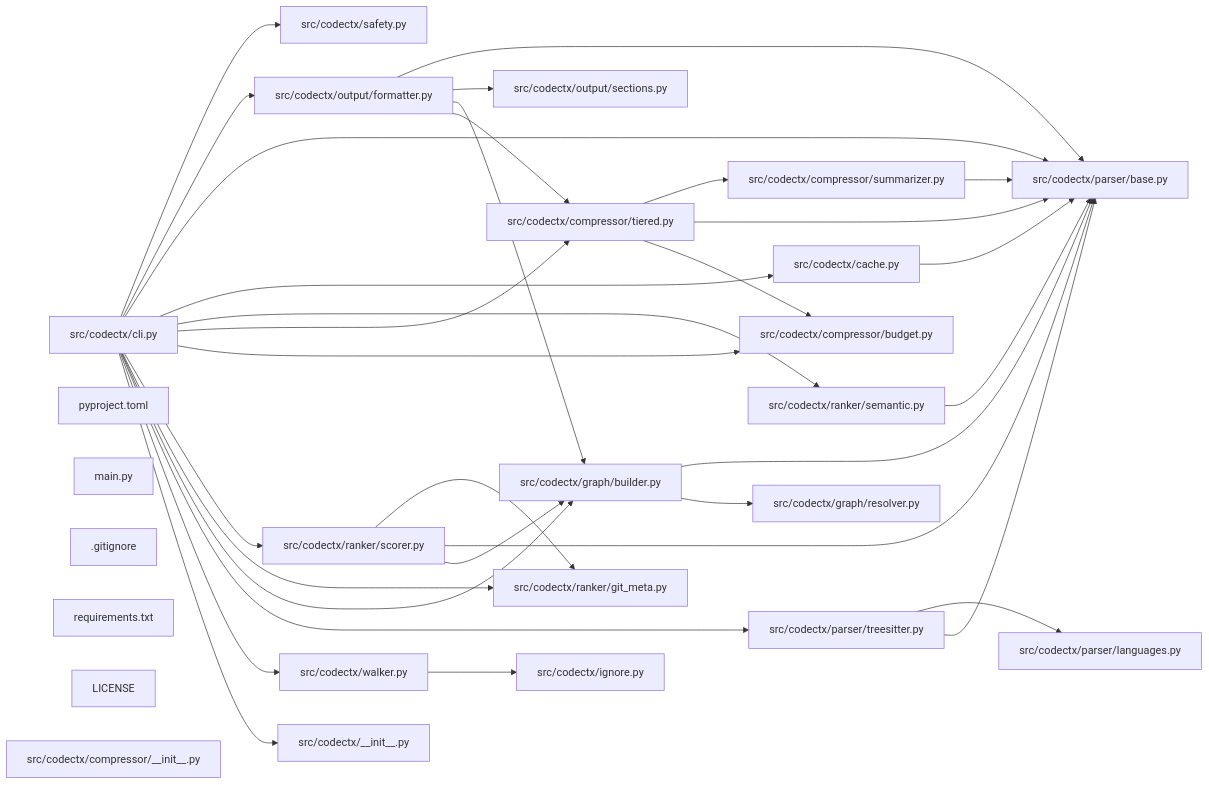
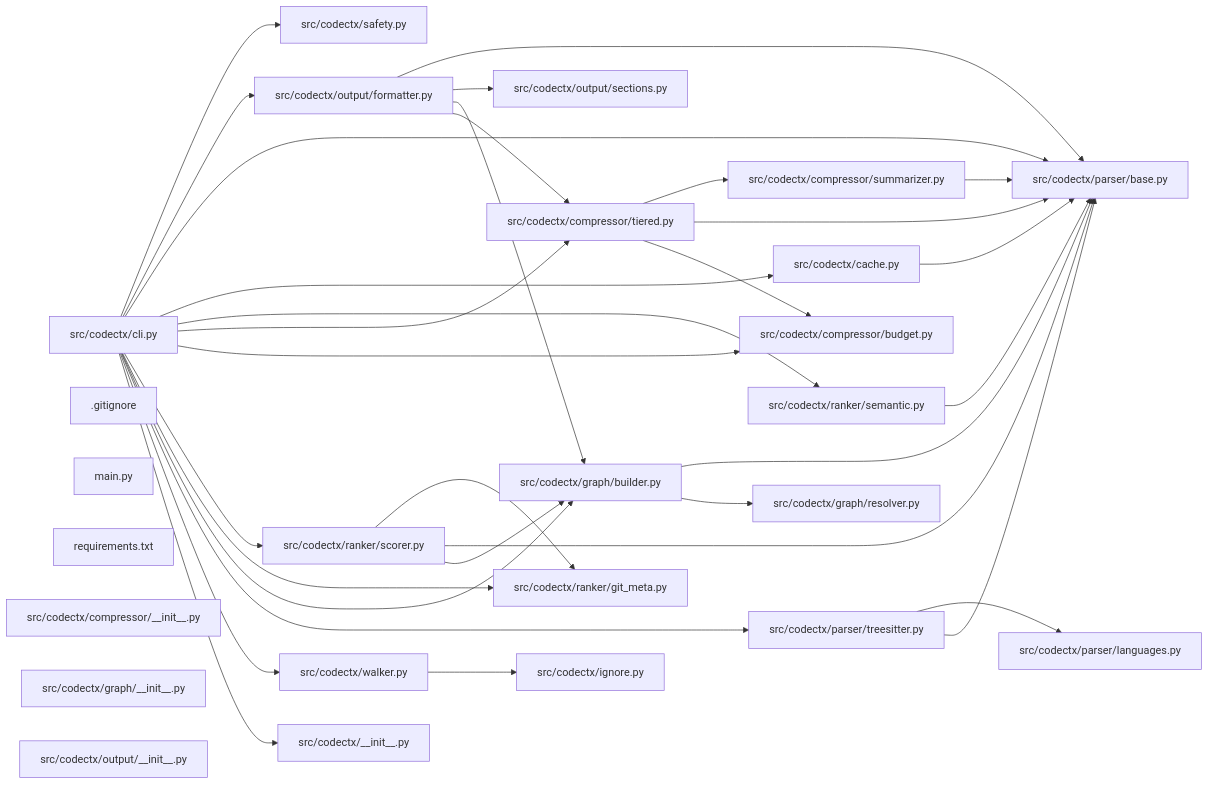
One commit to hey-granth/codectx changed the diagram in CONTEXT.md. Above: the diagram before and after it, drawn with Mermaid. The commit also changed other lines of this file and 30 other files, not shown here.

````diff
--- a/CONTEXT.md
+++ b/CONTEXT.md
@@ -878,59 +840,59 @@
 ```mermaid
 graph LR
     f0["src/codectx/cli.py"]
-    f1["src/codectx/parser/base.py"]
-    f2["src/codectx/parser/treesitter.py"]
-    f3["src/codectx/compressor/tiered.py"]
-    f4["src/codectx/output/formatter.py"]
-    f5["src/codectx/graph/builder.py"]
-    f6["src/codectx/ranker/scorer.py"]
-    f7["src/codectx/walker.py"]
-    f8["src/codectx/ranker/git_meta.py"]
-    f9["src/codectx/cache.py"]
-    f10["src/codectx/ranker/semantic.py"]
+    f1["src/codectx/compressor/tiered.py"]
+    f2["src/codectx/parser/base.py"]
+    f3["src/codectx/output/formatter.py"]
+    f4["src/codectx/parser/treesitter.py"]
+    f5["src/codectx/ranker/scorer.py"]
+    f6["src/codectx/ranker/git_meta.py"]
+    f7["src/codectx/graph/builder.py"]
+    f8["src/codectx/ranker/semantic.py"]
+    f9["src/codectx/graph/resolver.py"]
+    f10["src/codectx/walker.py"]
     f11["src/codectx/output/sections.py"]
-    f12["pyproject.toml"]
-    f13["src/codectx/graph/resolver.py"]
+    f12["src/codectx/cache.py"]
+    f13[".gitignore"]
     f14["src/codectx/compressor/budget.py"]
     f15["src/codectx/compressor/summarizer.py"]
     f16["src/codectx/parser/languages.py"]
     f17["main.py"]
-    f18[".gitignore"]
-    f19["src/codectx/ignore.py"]
-    f20["src/codectx/__init__.py"]
-    f21["src/codectx/safety.py"]
-    f22["requirements.txt"]
-    f23["LICENSE"]
-    f24["src/codectx/compressor/__init__.py"]
-    f0 --> f21
+    f18["src/codectx/ignore.py"]
+    f19["src/codectx/__init__.py"]
+    f20["src/codectx/safety.py"]
+    f21["requirements.txt"]
+    f22["src/codectx/compressor/__init__.py"]
+    f23["src/codectx/graph/__init__.py"]
+    f24["src/codectx/output/__init__.py"]
+    f0 --> f20
+    f0 --> f3
+    f0 --> f2
+    f0 --> f12
+    f0 --> f8
+    f0 --> f1
+    f0 --> f14
+    f0 --> f5
+    f0 --> f6
+    f0 --> f7
     f0 --> f4
-    f0 --> f1
-    f0 --> f9
     f0 --> f10
-    f0 --> f3
-    f0 --> f14
-    f0 --> f6
-    f0 --> f8
-    f0 --> f5
-    f0 --> f2
-    f0 --> f7
-    f0 --> f20
-    f2 --> f16
-    f2 --> f1
-    f3 --> f15
+    f0 --> f19
+    f1 --> f15
+    f1 --> f2
+    f1 --> f14
+    f3 --> f2
+    f3 --> f11
+    f3 --> f7
     f3 --> f1
-    f3 --> f14
-    f4 --> f1
-    f4 --> f11
-    f4 --> f5
-    f4 --> f3
-    f5 --> f1
-    f5 --> f13
-    f6 --> f8
-    f6 --> f1
-    f6 --> f5
-    f7 --> f19
-    f9 --> f1
-    f10 --> f1
-    f15 --> f1
+    f4 --> f16
+    f4 --> f2
+    f5 --> f6
+    f5 --> f2
+    f5 --> f7
+    f7 --> f2
+    f7 --> f9
+    f8 --> f2
+    f10 --> f18
+    f12 --> f2
+    f15 --> f2
 ```
````
